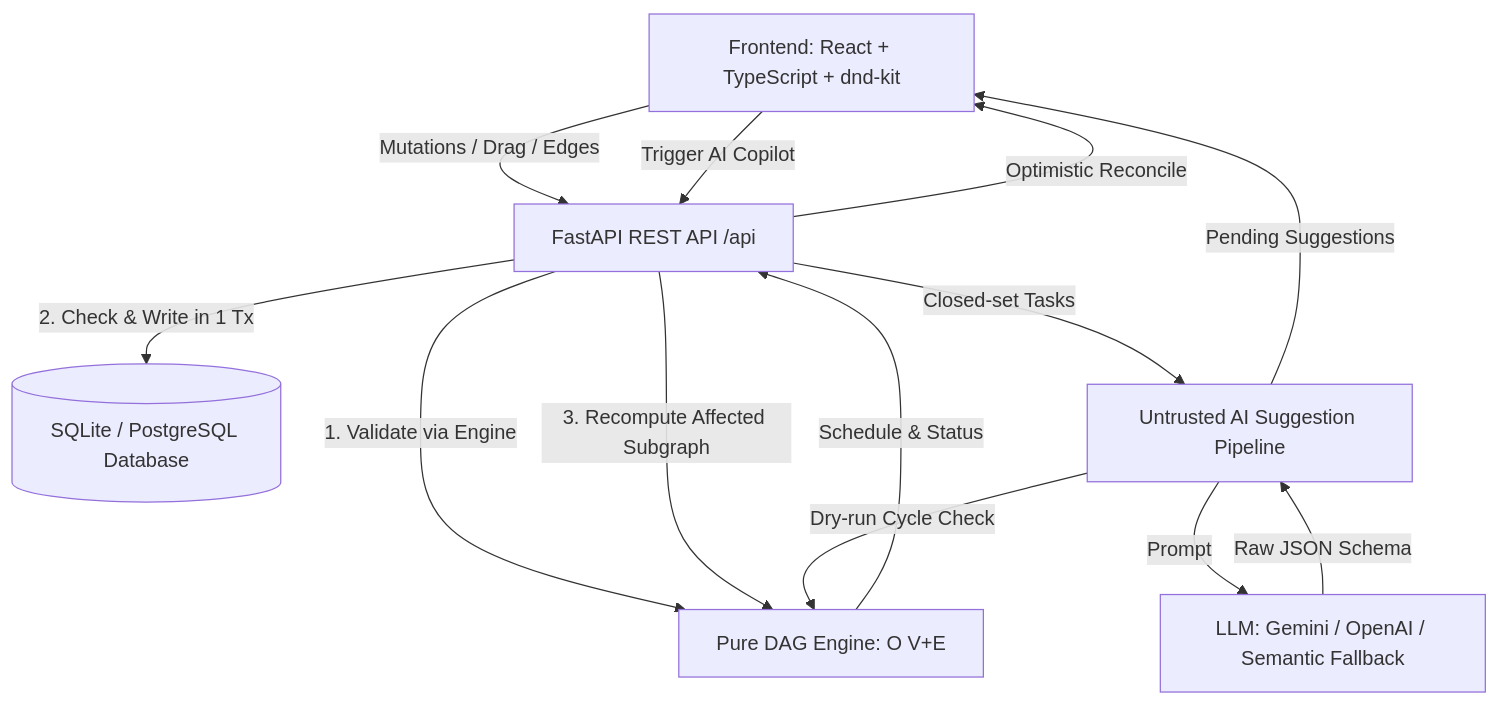
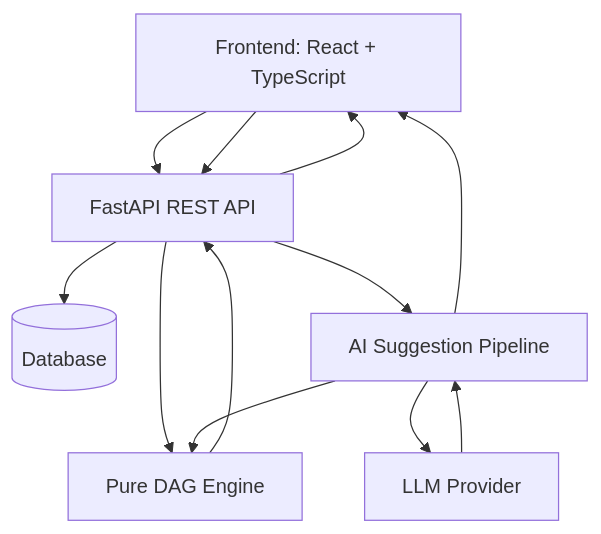
Before and after one commit to reshamgupta13/TaskFlow_Pro: the diagram in README.md, drawn with Mermaid. The commit also changed other lines of this file, not shown here.

````diff
--- a/README.md
+++ b/README.md
@@ -48,23 +48,22 @@
 ```mermaid
-graph TD
-    UI[Frontend: React + TypeScript + dnd-kit]
-    API[FastAPI REST API /api]
-    DB[(SQLite / PostgreSQL Database)]
-    ENGINE[Pure DAG Engine: O V+E]
-    AI_PIPE[Untrusted AI Suggestion Pipeline]
-    LLM[LLM: Gemini / OpenAI / Semantic Fallback]
+flowchart TD
+    UI[Frontend: React + TypeScript]
+    API[FastAPI REST API]
+    ENGINE[Pure DAG Engine]
+    DB[(Database)]
+    AI_PIPE[AI Suggestion Pipeline]
+    LLM[LLM Provider]
 
-    UI -->|Mutations / Drag / Edges| API
-    API -->|1. Validate via Engine| ENGINE
-    API -->|2. Check & Write in 1 Tx| DB
-    API -->|3. Recompute Affected Subgraph| ENGINE
-    ENGINE -->|Schedule & Status| API
-    API -->|Optimistic Reconcile| UI
+    UI --> API
+    API --> ENGINE
+    API --> DB
+    ENGINE --> API
+    API --> UI
 
-    UI -->|Trigger AI Copilot| API
-    API -->|Closed-set Tasks| AI_PIPE
-    AI_PIPE -->|Prompt| LLM
-    LLM -->|Raw JSON Schema| AI_PIPE
-    AI_PIPE -->|Dry-run Cycle Check| ENGINE
-    AI_PIPE -->|Pending Suggestions| UI
+    UI --> API
+    API --> AI_PIPE
+    AI_PIPE --> LLM
+    LLM --> AI_PIPE
+    AI_PIPE --> ENGINE
+    AI_PIPE --> UI
 ```
````
